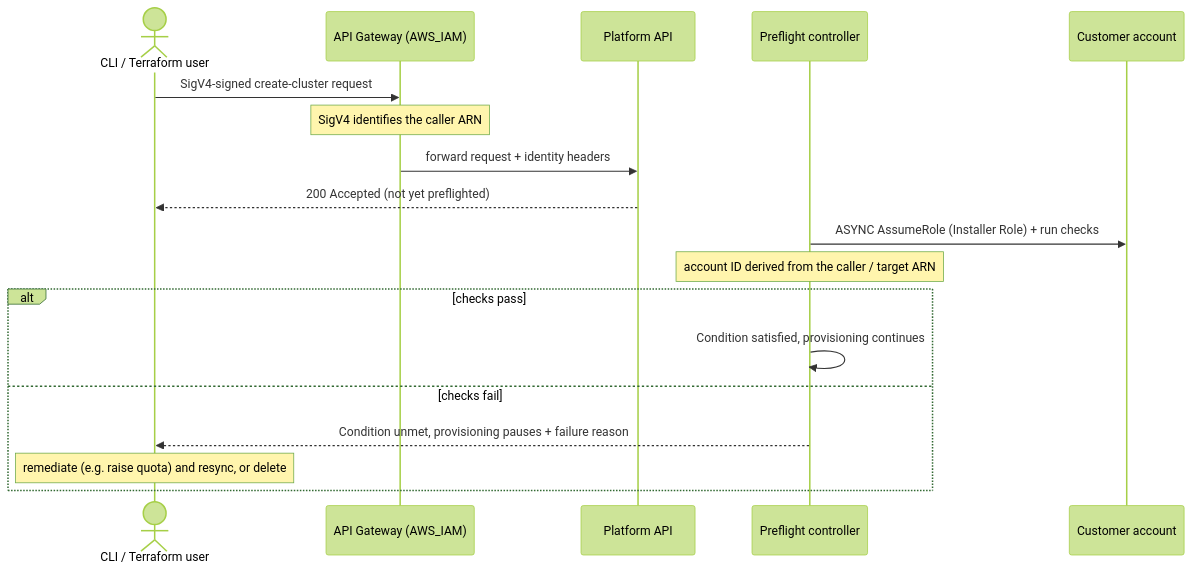
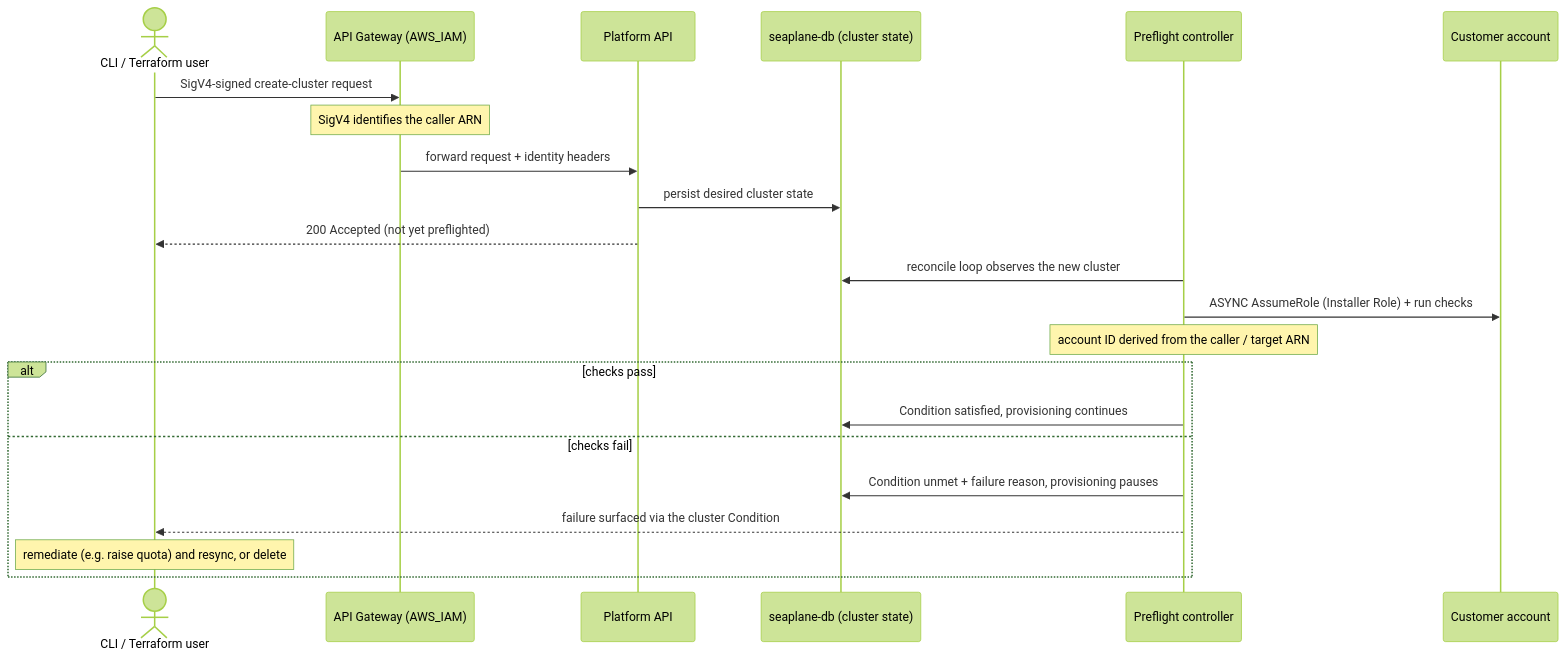
Before and after one commit to openshift-online/rosa-seaplane: the first of 5 diagrams in docs/design/preflight-and-ui-login-flows.md, drawn with Mermaid (forest theme).

Commit message:
ROSAENG-65209: show preflight trigger in Flow 1 diagram
The sequence jumped from Platform API accepting the request to the
preflight controller acting, with no edge explaining the hand-off. Add a
seaplane-db participant and show Platform API persisting desired cluster
state, the controller observing it on reconcile, and Conditions written
back to cluster state.

````diff
--- a/docs/design/preflight-and-ui-login-flows.md
+++ b/docs/design/preflight-and-ui-login-flows.md
@@ -45,21 +45,25 @@
 ```mermaid
 sequenceDiagram
     actor User as CLI / Terraform user
     participant GW as API Gateway (AWS_IAM)
     participant PA as Platform API
+    participant DB as seaplane-db (cluster state)
     participant PFC as Preflight controller
     participant CUST as Customer account
 
     User->>GW: SigV4-signed create-cluster request
     Note over GW: SigV4 identifies the caller ARN
     GW->>PA: forward request + identity headers
+    PA->>DB: persist desired cluster state
     PA-->>User: 200 Accepted (not yet preflighted)
+    PFC->>DB: reconcile loop observes the new cluster
     PFC->>CUST: ASYNC AssumeRole (Installer Role) + run checks
     Note over PFC: account ID derived from the caller / target ARN
     alt checks pass
-        PFC->>PFC: Condition satisfied, provisioning continues
+        PFC->>DB: Condition satisfied, provisioning continues
     else checks fail
-        PFC-->>User: Condition unmet, provisioning pauses + failure reason
+        PFC->>DB: Condition unmet + failure reason, provisioning pauses
+        PFC-->>User: failure surfaced via the cluster Condition
         Note over User: remediate (e.g. raise quota) and resync, or delete
     end
 ```
````
